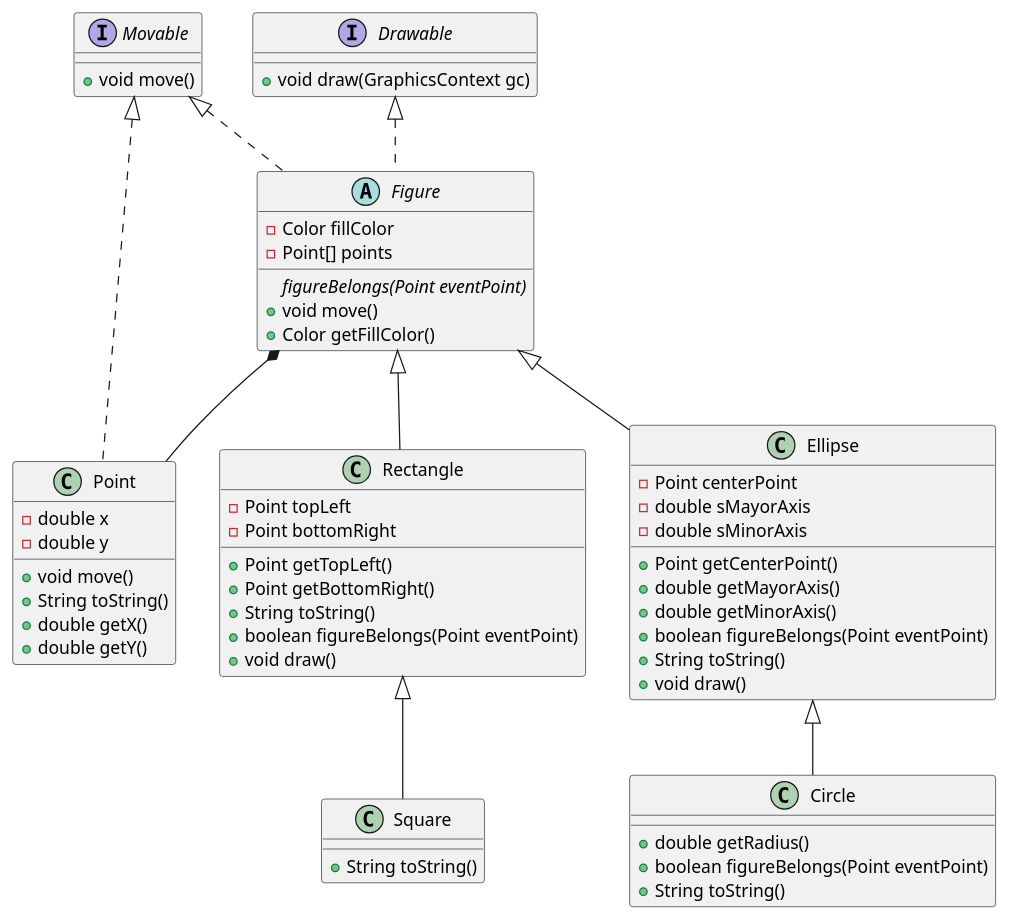
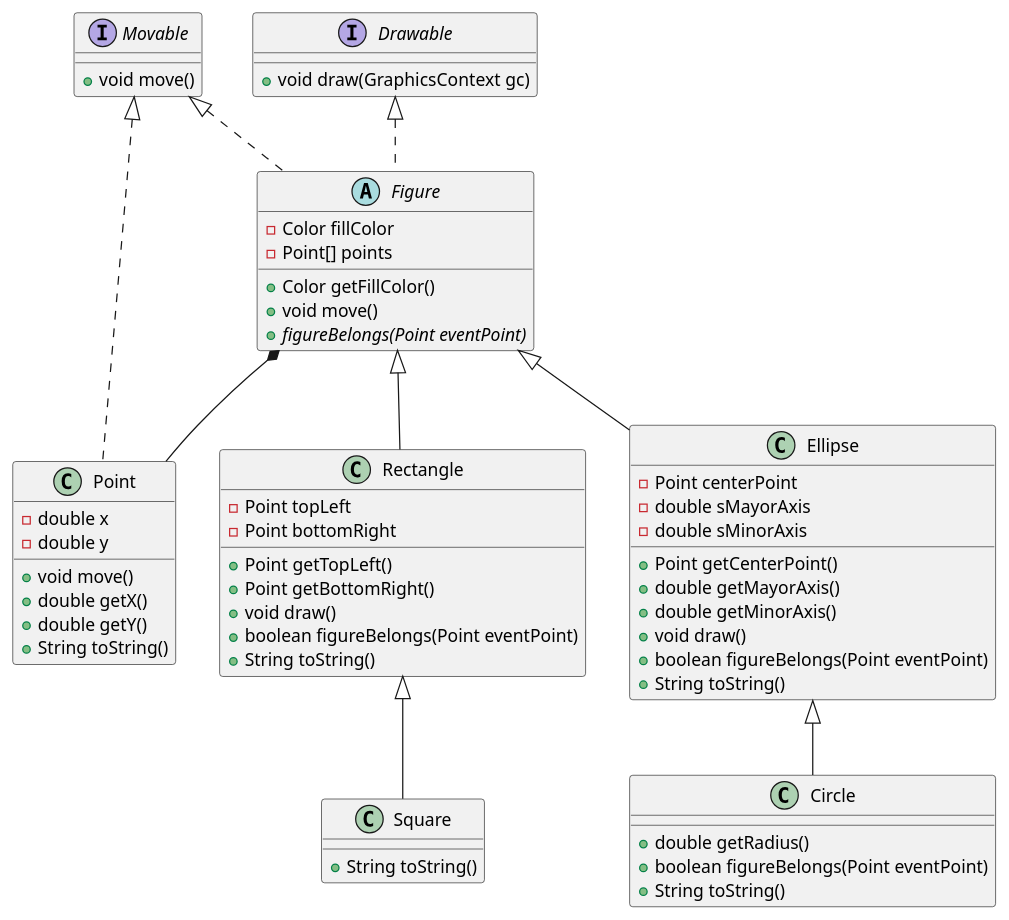
The diagram in src/umls/FigureClasses.puml (LosProgramasdeLepo/TPE-POO), drawn with PlantUML before and after one commit.

Commit message:
Cambios de *tabulación*

```diff
--- a/src/umls/FigureClasses.puml
+++ b/src/umls/FigureClasses.puml
@@ -1,58 +1,63 @@
 @startuml
 'https://plantuml.com/class-diagram
 
-class Point implements Movable{
+class Point implements Movable {
     - double x
     - double y
     + void move()
-    + String toString()
     + double getX()
     + double getY()
+    + String toString()
 }
+
 Figure *-- Point
-abstract class Figure implements Movable, Drawable{
-- Color fillColor
-- Point[] points
 
-{abstract} figureBelongs(Point eventPoint)
-+ void move()
-+ Color getFillColor()
+abstract class Figure implements Movable, Drawable {
+    - Color fillColor
+    - Point[] points
+    + Color getFillColor()
+    + void move()
+    + {abstract} figureBelongs(Point eventPoint)
 }
-class Rectangle extends Figure{
-- Point topLeft
-- Point bottomRight
-+ Point getTopLeft()
-+ Point getBottomRight()
-+ String toString()
-+ boolean figureBelongs(Point eventPoint)
-+ void draw()
+
+class Rectangle extends Figure {
+    - Point topLeft
+    - Point bottomRight
+    + Point getTopLeft()
+    + Point getBottomRight()
+    + void draw()
+    + boolean figureBelongs(Point eventPoint)
+    + String toString()
 }
-class Square extends Rectangle{
-+ String toString()
+
+class Square extends Rectangle {
+    + String toString()
 }
-class Ellipse extends Figure{
+
+class Ellipse extends Figure {
     - Point centerPoint
     - double sMayorAxis
-    -double sMinorAxis
-   + Point getCenterPoint()
-   + double getMayorAxis()
-   + double getMinorAxis()
-   + boolean figureBelongs(Point eventPoint)
-   + String toString()
-   + void draw()
+    - double sMinorAxis
+    + Point getCenterPoint()
+    + double getMayorAxis()
+    + double getMinorAxis()
+    + void draw()
+    + boolean figureBelongs(Point eventPoint)
+    + String toString()
 }
-class Circle extends Ellipse{
+
+class Circle extends Ellipse {
    + double getRadius()
    + boolean figureBelongs(Point eventPoint)
    + String toString()
 }
 
-interface Movable{
-+ void move()
-}
-interface Drawable{
-+ void draw(GraphicsContext gc)
+interface Movable {
+    + void move()
 }
 
+interface Drawable {
+    + void draw(GraphicsContext gc)
+}
 
 @enduml
```
